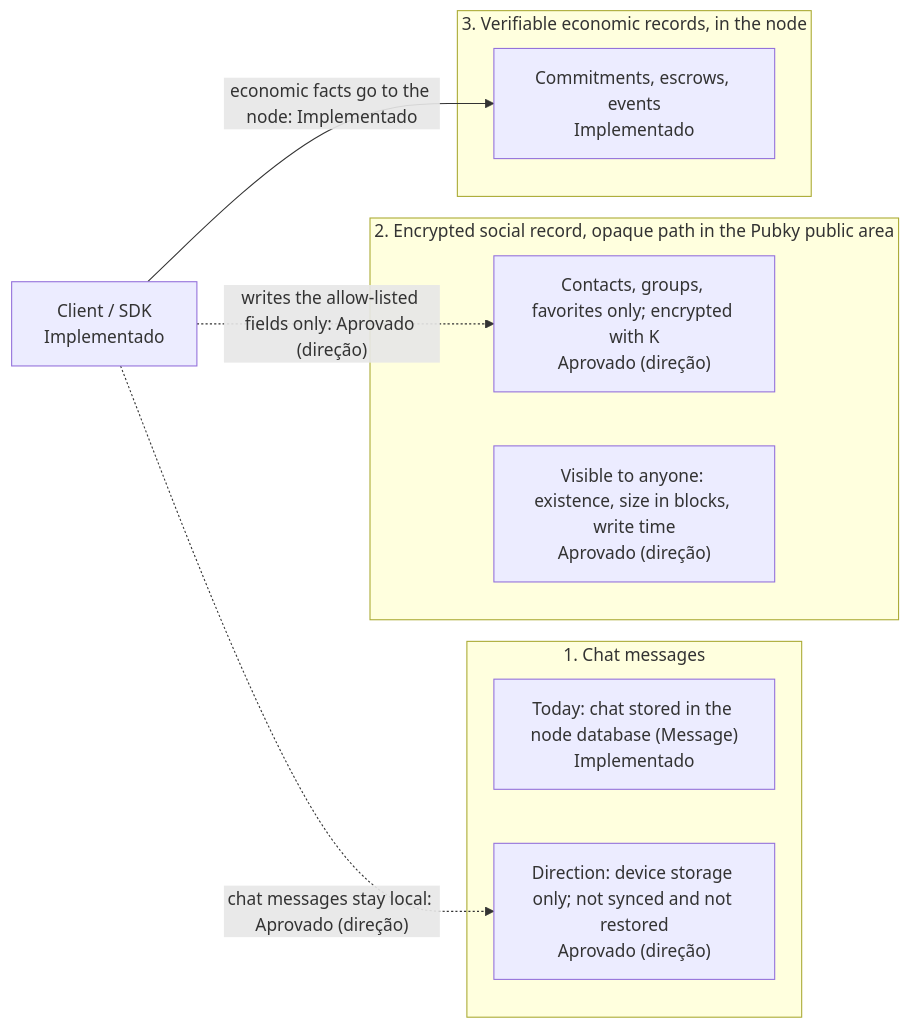
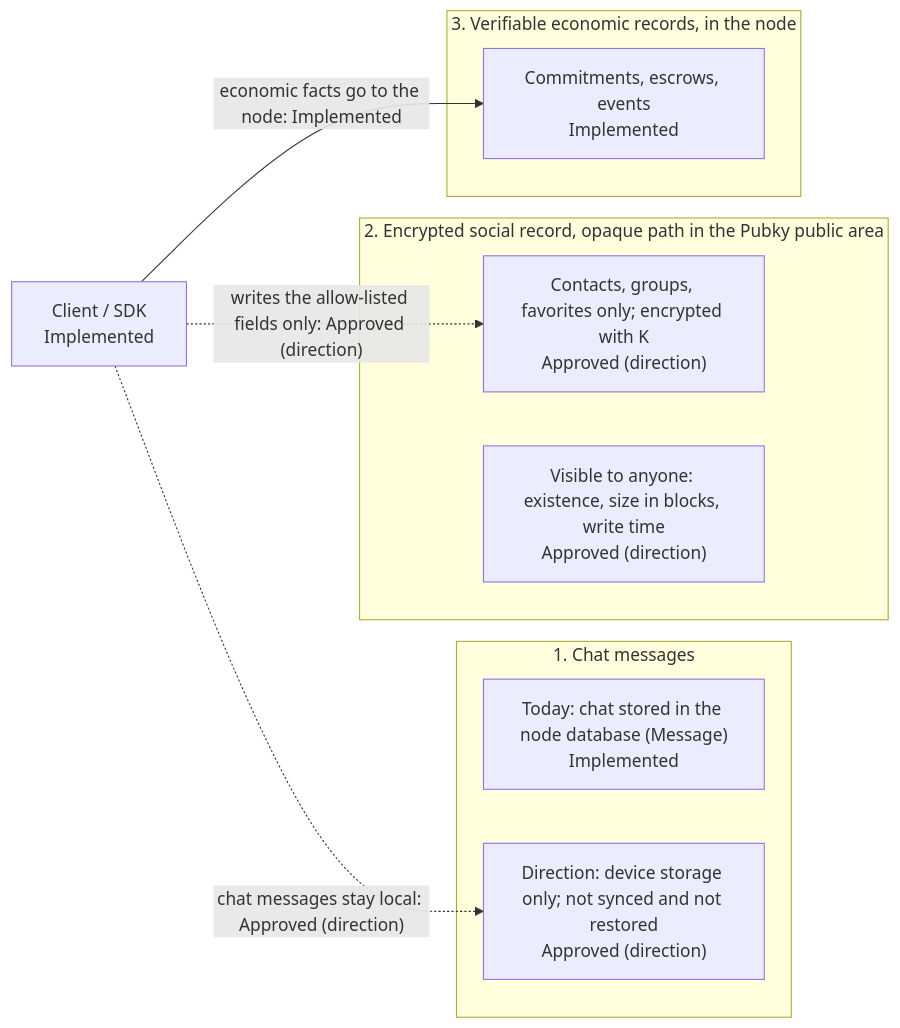
The sixth of 6 diagrams in docs/SYSTEM_DESIGN.md (sails-protocol/Sails-Protocol), drawn with Mermaid before and after one commit. The commit also changed other lines of this file and 2 other files, not shown here.

````diff
--- a/docs/SYSTEM_DESIGN.md
+++ b/docs/SYSTEM_DESIGN.md
@@ -729,18 +731,18 @@
 ```mermaid
 flowchart LR
   subgraph M["1. Chat messages"]
-    M0["Today: chat stored in the node database (Message)<br/>Implementado"]
-    M1["Direction: device storage only; not synced and not restored<br/>Aprovado (direção)"]
+    M0["Today: chat stored in the node database (Message)<br/>Implemented"]
+    M1["Direction: device storage only; not synced and not restored<br/>Approved (direction)"]
   end
   subgraph S["2. Encrypted social record, opaque path in the Pubky public area"]
-    S1["Contacts, groups, favorites only; encrypted with K<br/>Aprovado (direção)"]
-    S2["Visible to anyone: existence, size in blocks, write time<br/>Aprovado (direção)"]
+    S1["Contacts, groups, favorites only; encrypted with K<br/>Approved (direction)"]
+    S2["Visible to anyone: existence, size in blocks, write time<br/>Approved (direction)"]
   end
   subgraph E["3. Verifiable economic records, in the node"]
-    E1["Commitments, escrows, events<br/>Implementado"]
+    E1["Commitments, escrows, events<br/>Implemented"]
   end
-  APP["Client / SDK<br/>Implementado"]
-  APP -.->|"chat messages stay local: Aprovado (direção)"| M1
-  APP -.->|"writes the allow-listed fields only: Aprovado (direção)"| S1
-  APP -->|"economic facts go to the node: Implementado"| E1
+  APP["Client / SDK<br/>Implemented"]
+  APP -.->|"chat messages stay local: Approved (direction)"| M1
+  APP -.->|"writes the allow-listed fields only: Approved (direction)"| S1
+  APP -->|"economic facts go to the node: Implemented"| E1
 ```
````
